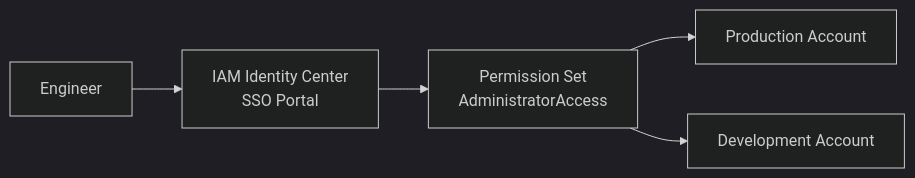
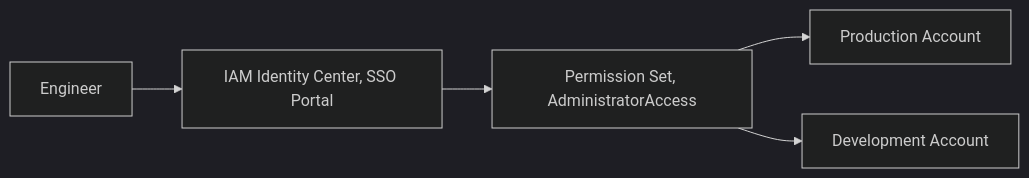
Before and after one commit to DeeptiShuklaProject/Uday_AWS: the second of 2 diagrams in Chapter_36_AWS_IAM_Identity_Center.md, drawn with Mermaid (dark theme). The commit also changed other lines of this file and 34 other files, not shown here.

Commit message:
Fix mermaid diagrams syntax across all chapters (quote labels and remove HTML)

````diff
--- a/Chapter_36_AWS_IAM_Identity_Center.md
+++ b/Chapter_36_AWS_IAM_Identity_Center.md
@@ -353,7 +353,7 @@
 ```mermaid
 flowchart LR
-    User[Engineer] --> SSO[IAM Identity Center<br>SSO Portal]
-    SSO --> PS[Permission Set<br>AdministratorAccess]
+    User[Engineer] --> SSO["IAM Identity Center, SSO Portal"]
+    SSO --> PS["Permission Set, AdministratorAccess"]
     PS --> Prod[Production Account]
     PS --> Dev[Development Account]
 ```
````
